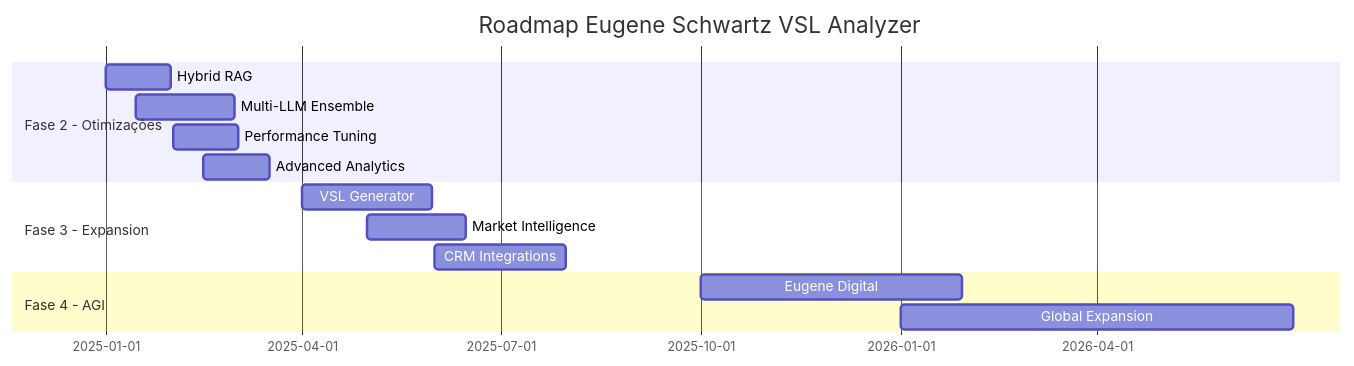
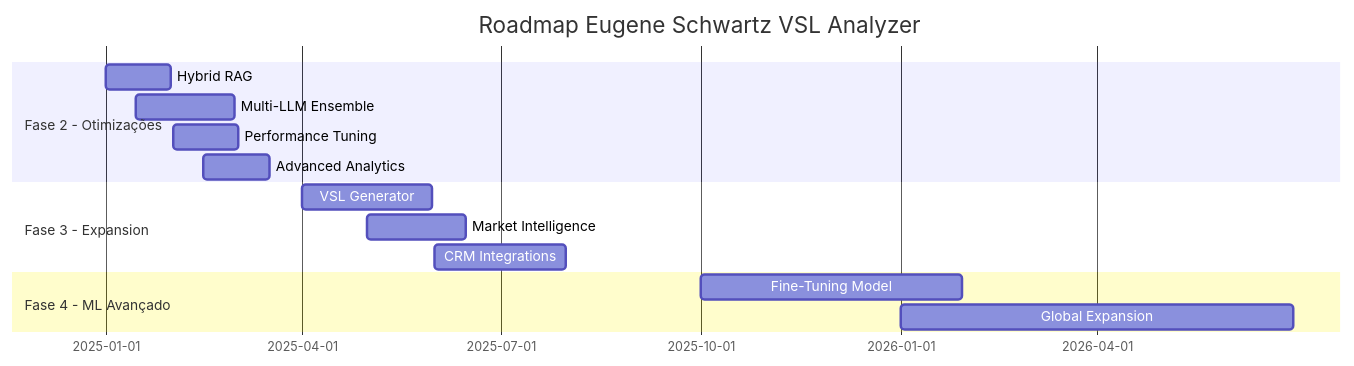
One commit to DiegoSouzadsp/vitascience-eugene-ai changed the fourth of 4 diagrams in VITASCIENCE_DELIVERY/docs/ARCHITECTURE.md. Above: the diagram before and after it, drawn with Mermaid. The commit also changed other lines of this file, not shown here.

First line of the commit message:
fix: Corrige roadmap Fase 4 - Remove AGI irreal, adiciona ML realista

````diff
--- a/VITASCIENCE_DELIVERY/docs/ARCHITECTURE.md
+++ b/VITASCIENCE_DELIVERY/docs/ARCHITECTURE.md
@@ -387,19 +387,19 @@
 ```mermaid
 gantt
     title Roadmap Eugene Schwartz VSL Analyzer
     dateFormat  YYYY-MM-DD
     section Fase 2 - Otimizações
     Hybrid RAG         :2025-01-01, 30d
     Multi-LLM Ensemble :2025-01-15, 45d
     Performance Tuning :2025-02-01, 30d
     Advanced Analytics :2025-02-15, 30d
 
     section Fase 3 - Expansion
     VSL Generator      :2025-04-01, 60d
     Market Intelligence:2025-05-01, 45d
     CRM Integrations  :2025-06-01, 60d
 
-    section Fase 4 - AGI
-    Eugene Digital    :2025-10-01, 120d
+    section Fase 4 - ML Avançado
+    Fine-Tuning Model :2025-10-01, 120d
     Global Expansion  :2026-01-01, 180d
 ```
````
